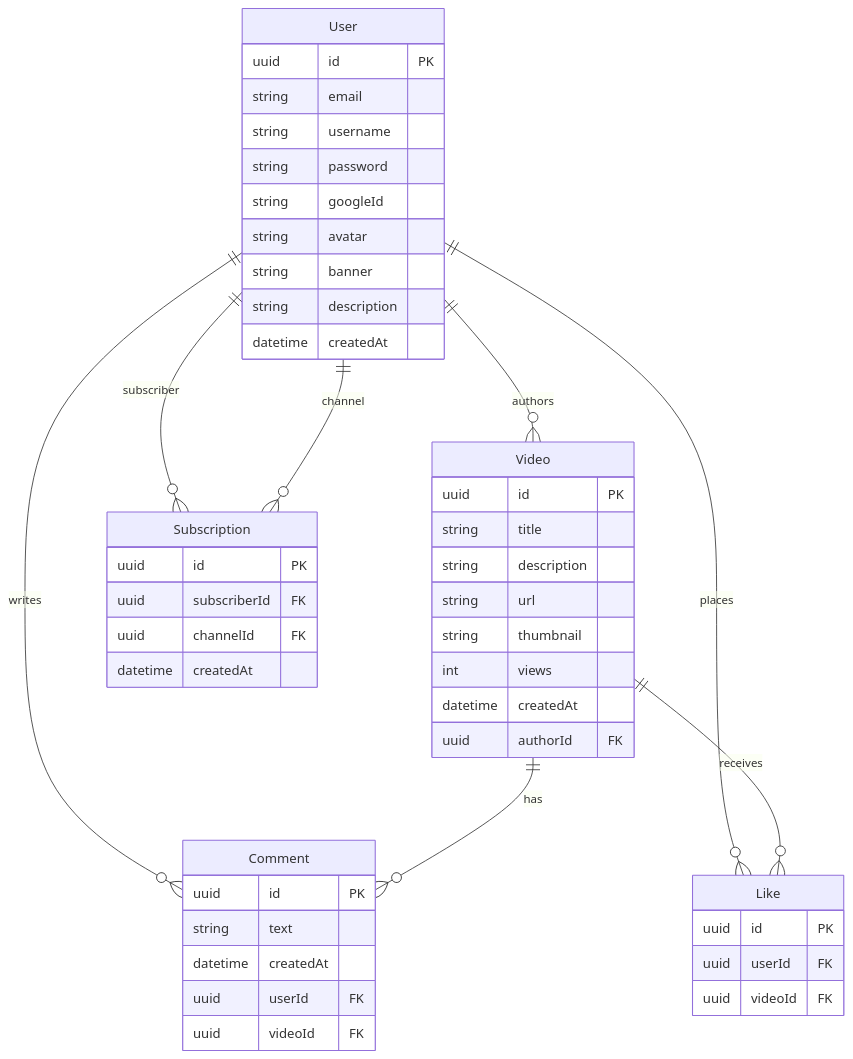
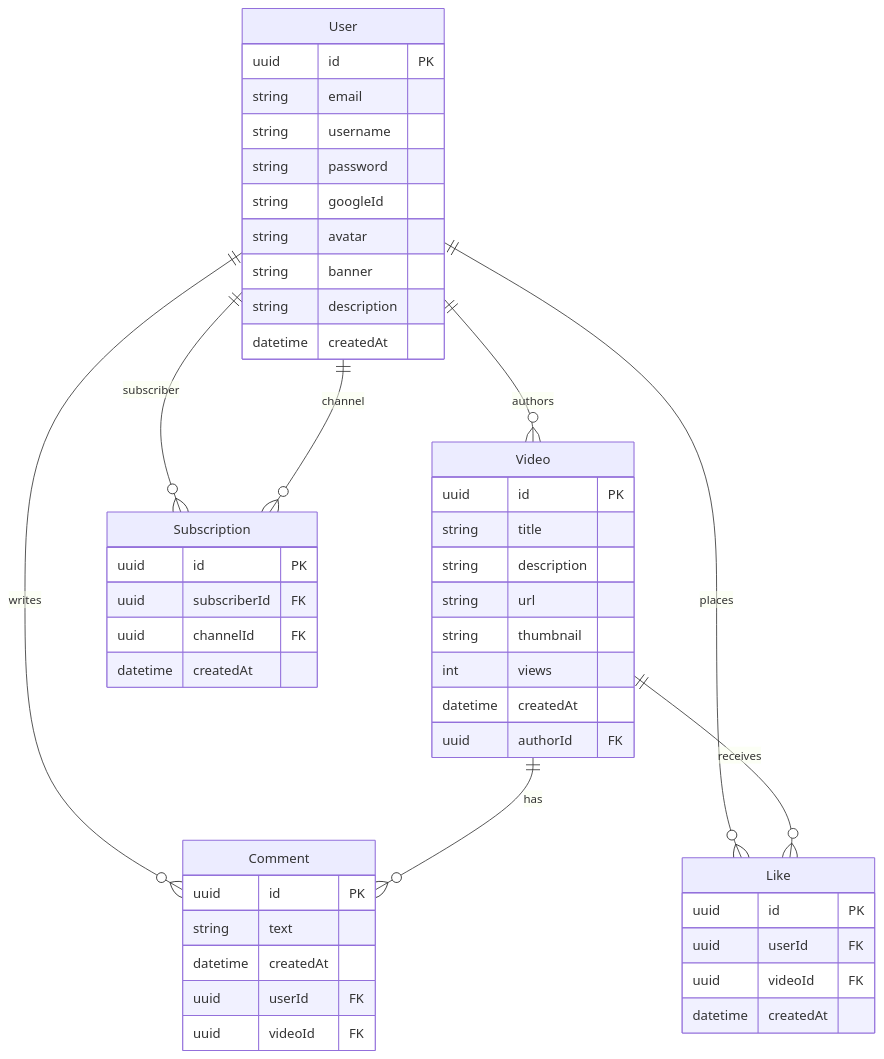
The diagram in Labs/lab1-er/model/er.mmd (ezpectus/kpi2__Mavpz-Labs), drawn with Mermaid before and after one commit. The commit also changed 4 other files, not shown here.

```diff
--- a/Labs/lab1-er/model/er.mmd
+++ b/Labs/lab1-er/model/er.mmd
@@ -1,57 +1,58 @@
 erDiagram
     User {
         uuid id PK
         string email
         string username
         string password
         string googleId
         string avatar
         string banner
         string description
         datetime createdAt
     }
 
     Video {
         uuid id PK
         string title
         string description
         string url
         string thumbnail
         int views
         datetime createdAt
         uuid authorId FK
     }
 
     Comment {
         uuid id PK
         string text
         datetime createdAt
         uuid userId FK
         uuid videoId FK
     }
 
     Like {
         uuid id PK
         uuid userId FK
         uuid videoId FK
+        datetime createdAt
     }
 
     Subscription {
         uuid id PK
         uuid subscriberId FK
         uuid channelId FK
         datetime createdAt
     }
 
     User ||--o{ Video : "authors"
     User ||--o{ Comment : "writes"
     Video ||--o{ Comment : "has"
     User ||--o{ Like : "places"
     Video ||--o{ Like : "receives"
     User ||--o{ Subscription : "subscriber"
     User ||--o{ Subscription : "channel"
 
     %% Unique constraints:
     %% User: email, username, googleId
     %% Like: (userId, videoId)
     %% Subscription: (subscriberId, channelId)
```
